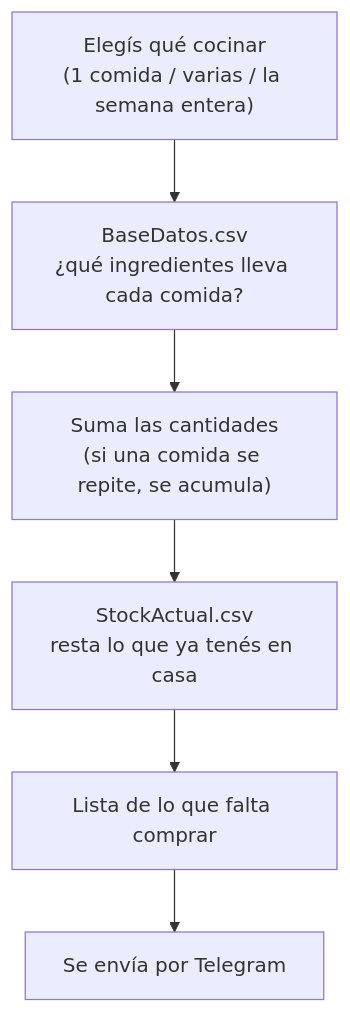
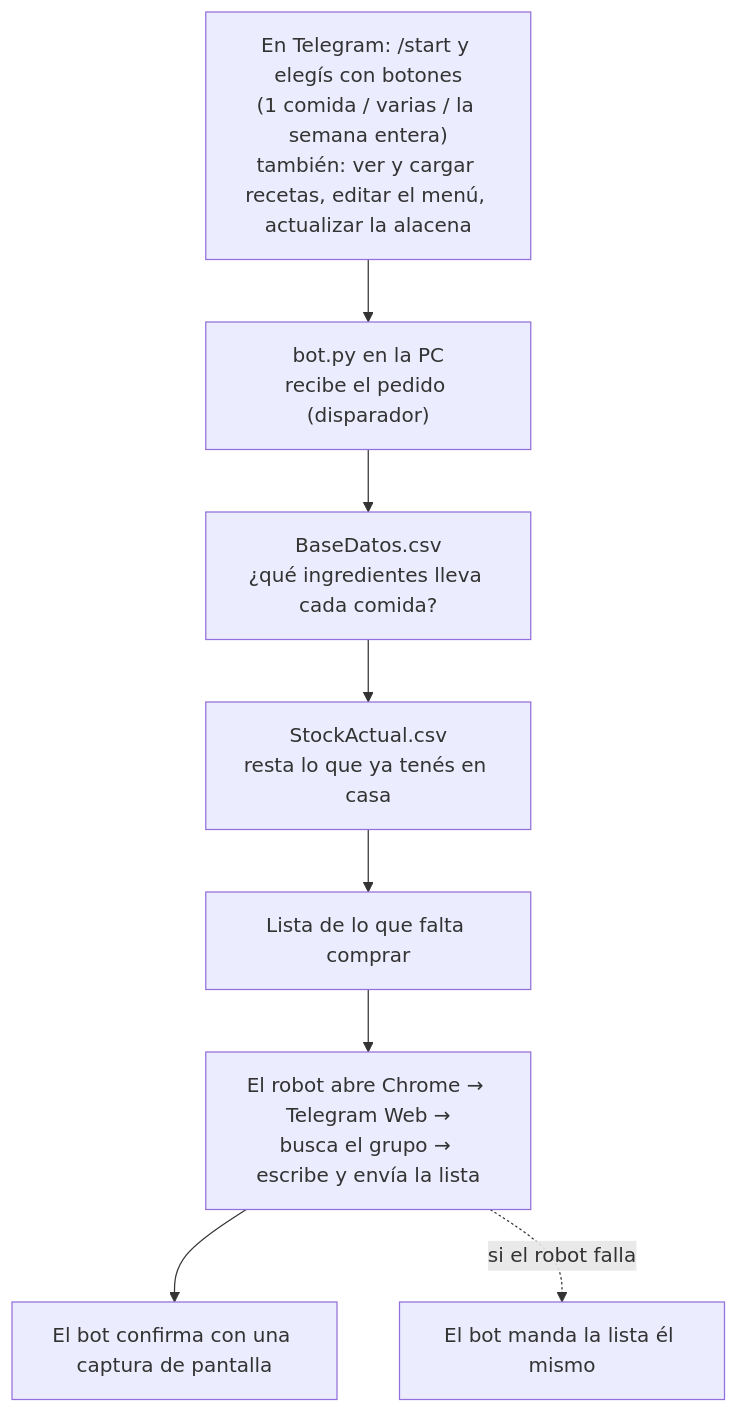
Before and after one commit to matufle/Etapa-1-Automatizacion-RPA: the diagram in README.md, drawn with Mermaid. The commit also changed other lines of this file and 21 other files, not shown here.

````diff
--- a/README.md
+++ b/README.md
@@ -12,8 +14,10 @@
 ```mermaid
 flowchart TD
-    A["Elegís qué cocinar<br/>(1 comida / varias / la semana entera)"] --> B["BaseDatos.csv<br/>¿qué ingredientes lleva cada comida?"]
-    B --> C["Suma las cantidades<br/>(si una comida se repite, se acumula)"]
+    A["En Telegram: /start y elegís con botones<br/>(1 comida / varias / la semana entera)<br/>también: ver y cargar recetas, editar el menú, actualizar la alacena"] --> B["bot.py en la PC<br/>recibe el pedido (disparador)"]
+    B --> C["BaseDatos.csv<br/>¿qué ingredientes lleva cada comida?"]
     C --> D["StockActual.csv<br/>resta lo que ya tenés en casa"]
     D --> E["Lista de lo que falta comprar"]
-    E --> F["Se envía por Telegram"]
+    E --> F["El robot abre Chrome → Telegram Web →<br/>busca el grupo → escribe y envía la lista"]
+    F --> G["El bot confirma con una captura de pantalla"]
+    F -. "si el robot falla" .-> H["El bot manda la lista él mismo"]
 ```
````
